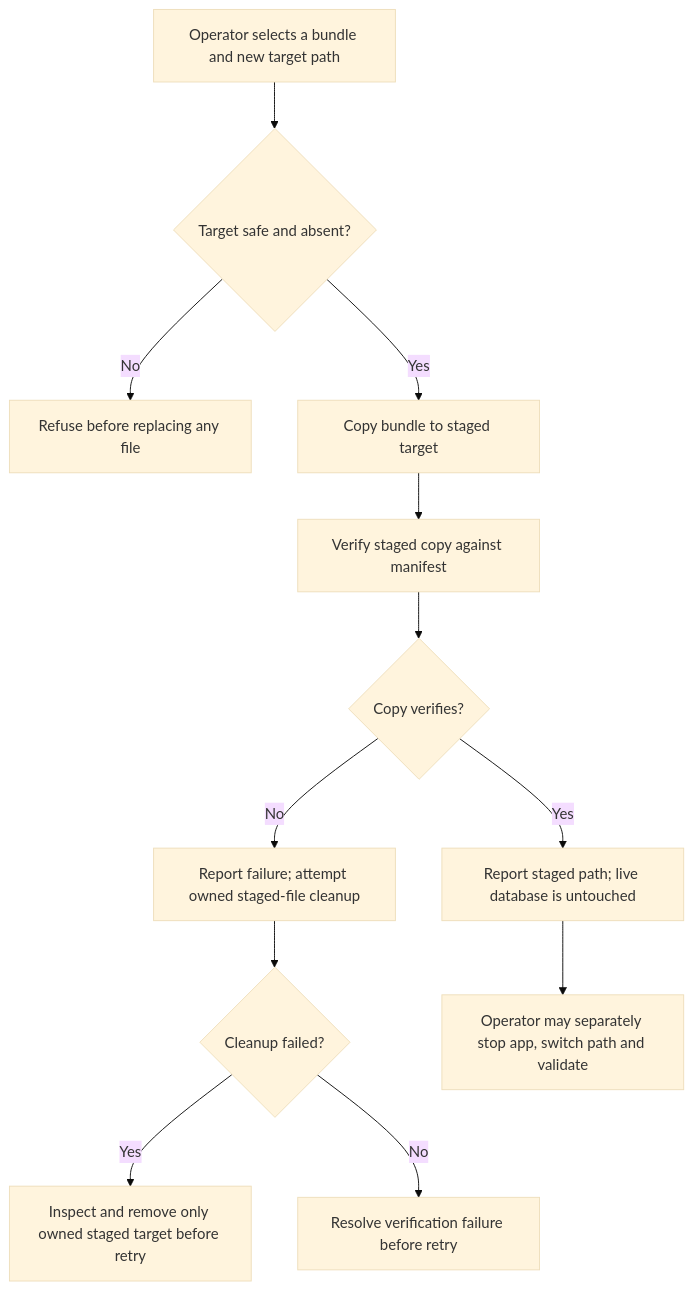
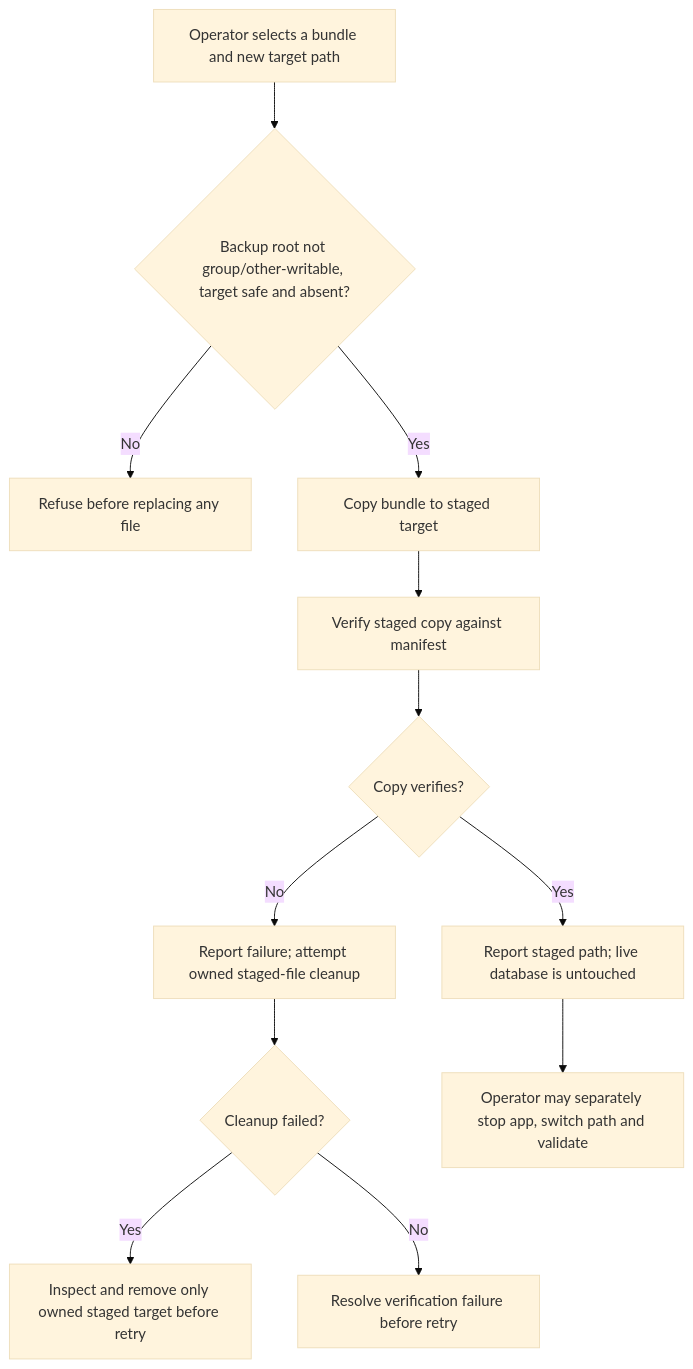
One commit to Kevinjohn/oss-adonisjs-sqlite-backup changed the first of 2 diagrams in user-stories/prepare-restore/us-op-04-prepare-restore.md. Above: the diagram before and after it, drawn with Mermaid (base theme). The commit also changed other lines of this file and 9 other files, not shown here.

````diff
--- a/user-stories/prepare-restore/us-op-04-prepare-restore.md
+++ b/user-stories/prepare-restore/us-op-04-prepare-restore.md
@@ -27,14 +27,14 @@
 ```mermaid
 flowchart TD
-    A["Operator selects a bundle and new target path"] --> B{"Target safe and absent?"}
+    A["Operator selects a bundle and new target path"] --> B{"Backup root not group/other-writable, target safe and absent?"}
     B -->|No| C["Refuse before replacing any file"]
     B -->|Yes| D["Copy bundle to staged target"]
     D --> E["Verify staged copy against manifest"]
     E --> F{"Copy verifies?"}
     F -->|No| G["Report failure; attempt owned staged-file cleanup"]
     G --> J{"Cleanup failed?"}
     J -->|Yes| K["Inspect and remove only owned staged target before retry"]
     J -->|No| L["Resolve verification failure before retry"]
     F -->|Yes| H["Report staged path; live database is untouched"]
     H --> I["Operator may separately stop app, switch path and validate"]
 ```
````
